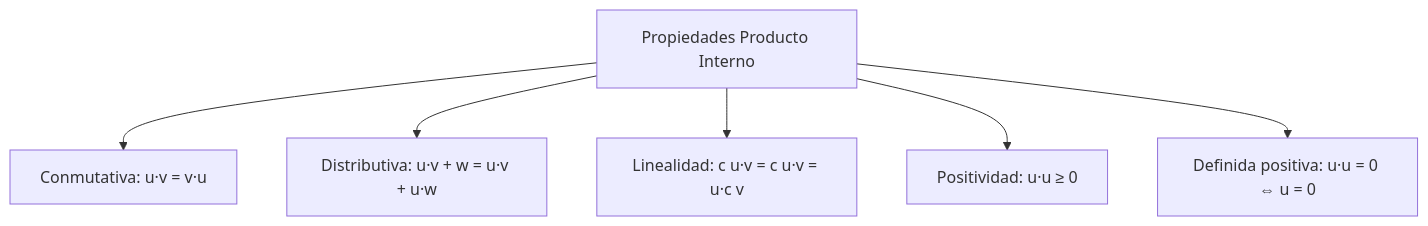
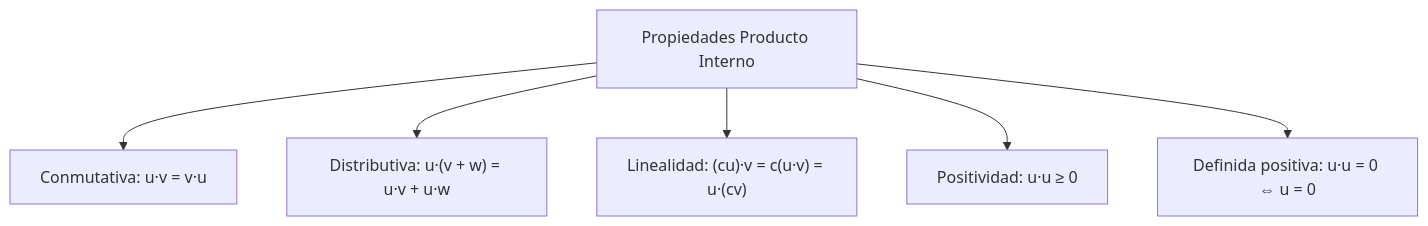
One commit to djaimej/computer-science-template changed the first of 2 diagrams in public/documents/semester-2/4/2412.md. Above: the diagram before and after it, drawn with Mermaid. The commit also changed other lines of this file and 20 other files, not shown here.

````diff
--- a/public/documents/semester-2/4/2412.md
+++ b/public/documents/semester-2/4/2412.md
@@ -17,8 +17,8 @@
 ```mermaid
 flowchart TD
-    A[Propiedades Producto Interno] --> B[Conmutativa: u·v = v·u]
-    A --> C[Distributiva: u·v + w = u·v + u·w]
-    A --> D[Linealidad: c u·v = c u·v = u·c v]
-    A --> E[Positividad: u·u ≥ 0]
-    A --> F[Definida positiva: u·u = 0 ⇔ u = 0]
+    A[Propiedades Producto Interno] --> B["Conmutativa: u·v = v·u"]
+    A --> C["Distributiva: u·(v + w) = u·v + u·w"]
+    A --> D["Linealidad: (cu)·v = c(u·v) = u·(cv)"]
+    A --> E["Positividad: u·u ≥ 0"]
+    A --> F["Definida positiva: u·u = 0 ⇔ u = 0"]
 ```
````
